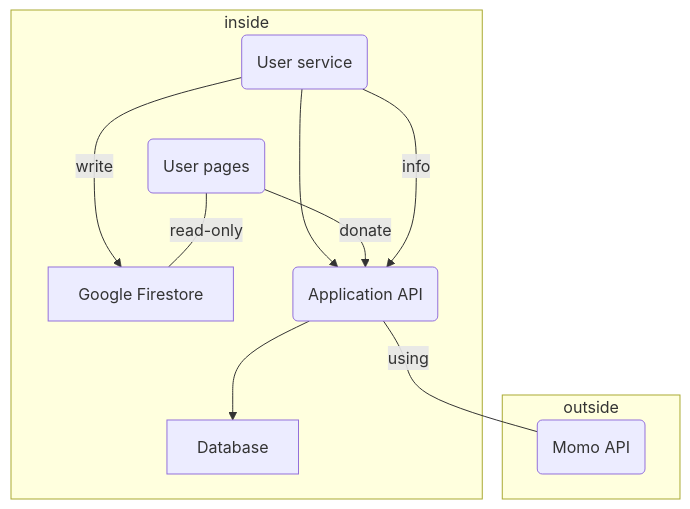
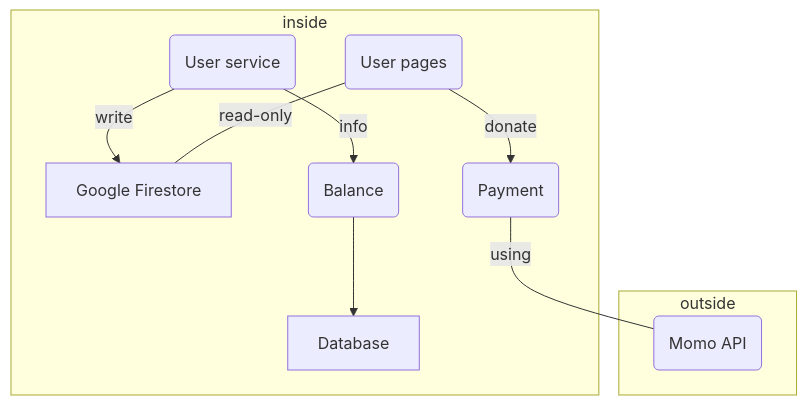
One commit to garovu/doan changed the diagram in doan-obsidian/Thiết kế hệ thống/Tổng quan.md. Above: the diagram before and after it, drawn with Mermaid. The commit also changed other lines of this file and 53 other files, not shown here.

Commit message:
complete payment api, donate api, and user pages

````diff
--- a/doan-obsidian/Thiết kế hệ thống/Tổng quan.md
+++ b/doan-obsidian/Thiết kế hệ thống/Tổng quan.md
@@ -11,16 +11,15 @@
 ```mermaid
 flowchart TD
 	subgraph inside
 	    U(User service) -- write --> G[Google Firestore]
 	    L(User pages) -- read-only --- G
-	    U ---> API(Application API)
-	    API--> D[Database]
-	    L -- donate --> API
-	    U -- info --> API
+	    B--> D[Database]
+	    L -- donate --> P(Payment)
+	    U -- info --> B(Balance)
     end
     subgraph outside
-	    API -- using --- M(Momo API)
+	    P-- using --- M(Momo API)
 	    %% H -- mail --- E(Mailgun) %%
     end
 
 ```
````
